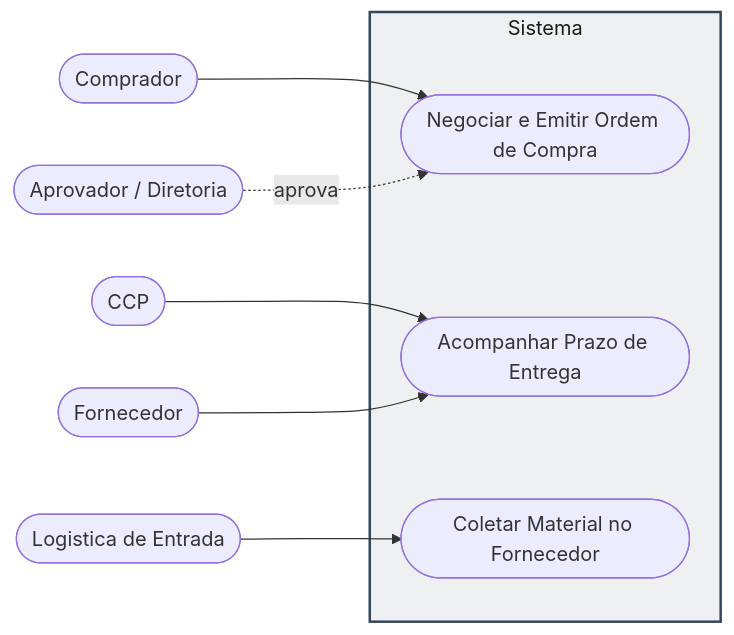
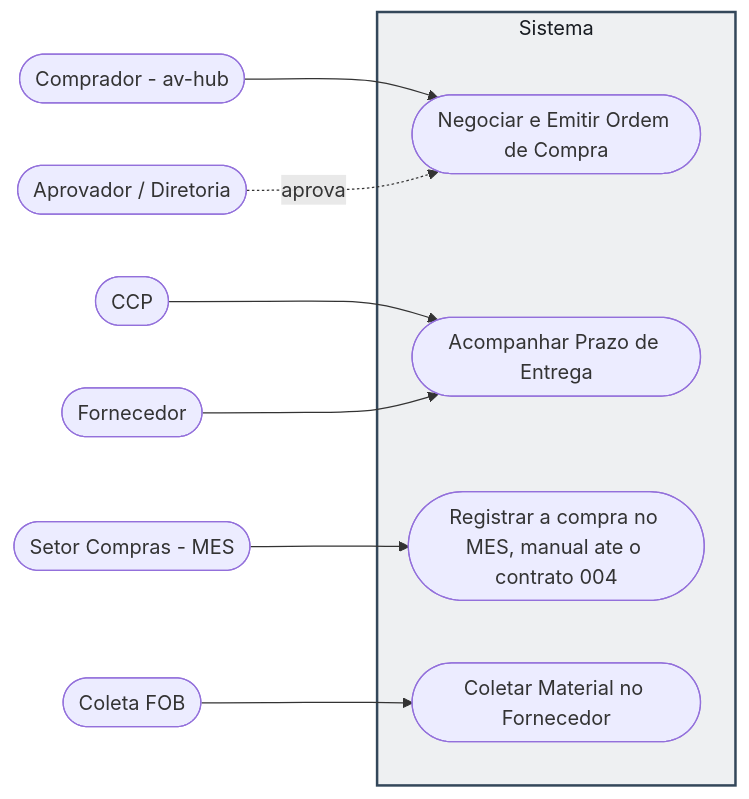
One commit to Acosvital/vault-avhub-mer changed the eighth of 28 diagrams in 04-Arquitetura-Transversal/Diagramas-UML.md. Above: the diagram before and after it, drawn with Mermaid. The commit also changed other lines of this file and 3 other files, not shown here.

Commit message:
docs(vault): atualiza UML, fluxograma de telas, encaixe estoque/revenda e anexo 0003 do contrato 33

````diff
--- a/04-Arquitetura-Transversal/Diagramas-UML.md
+++ b/04-Arquitetura-Transversal/Diagramas-UML.md
@@ -752,20 +745,23 @@
 ```mermaid
 flowchart LR
-    Comprador(["Comprador"])
+    Comprador(["Comprador - av-hub"])
     Diretoria(["Aprovador / Diretoria"])
     CCP(["CCP"])
+    SComp(["Setor Compras - MES"])
     Fornecedor(["Fornecedor"])
-    LogEnt(["Logistica de Entrada"])
+    Coleta(["Coleta FOB"])
     subgraph SISTEMA[Sistema]
         UC9([Negociar e Emitir Ordem de Compra])
         UC10([Acompanhar Prazo de Entrega])
+        UC13([Registrar a compra no MES, manual ate o contrato 004])
         UC11([Coletar Material no Fornecedor])
     end
     Comprador --> UC9
     Diretoria -.aprova.-> UC9
     CCP --> UC10
     Fornecedor --> UC10
-    LogEnt --> UC11
+    SComp --> UC13
+    Coleta --> UC11
 
     style SISTEMA fill:#eef0f2,stroke:#33475a,stroke-width:2px,color:#181c22
 ```
````
